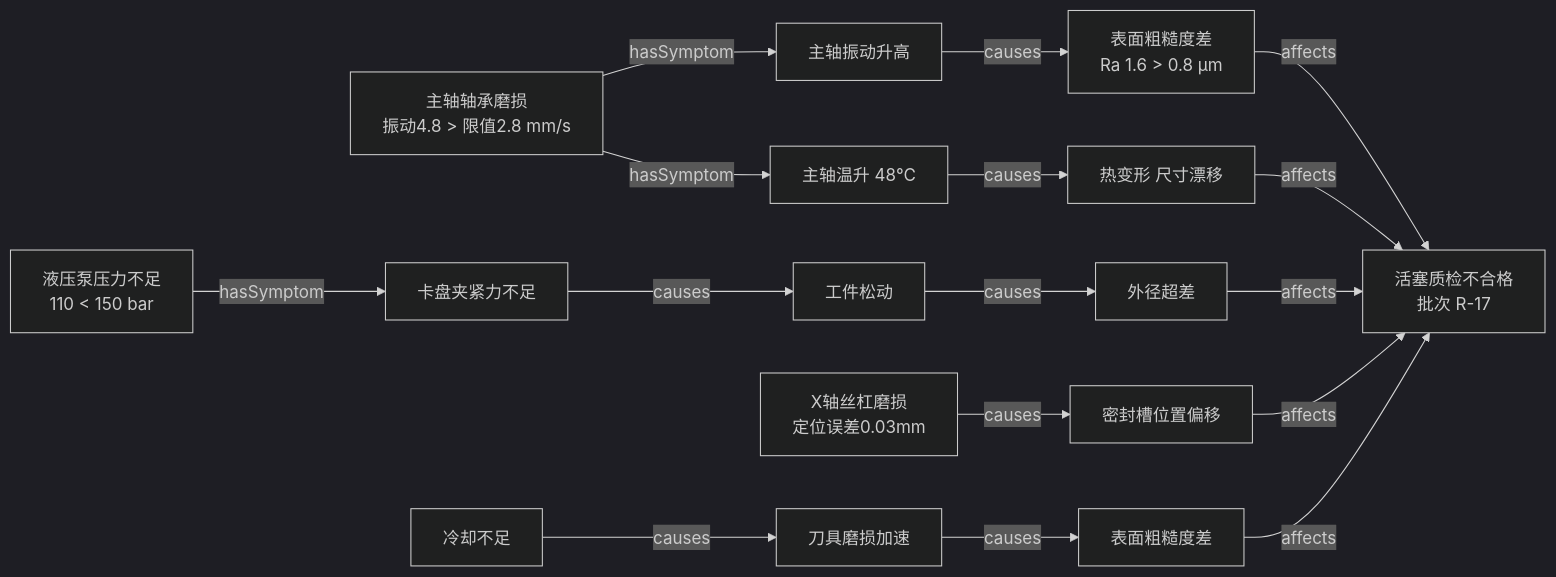
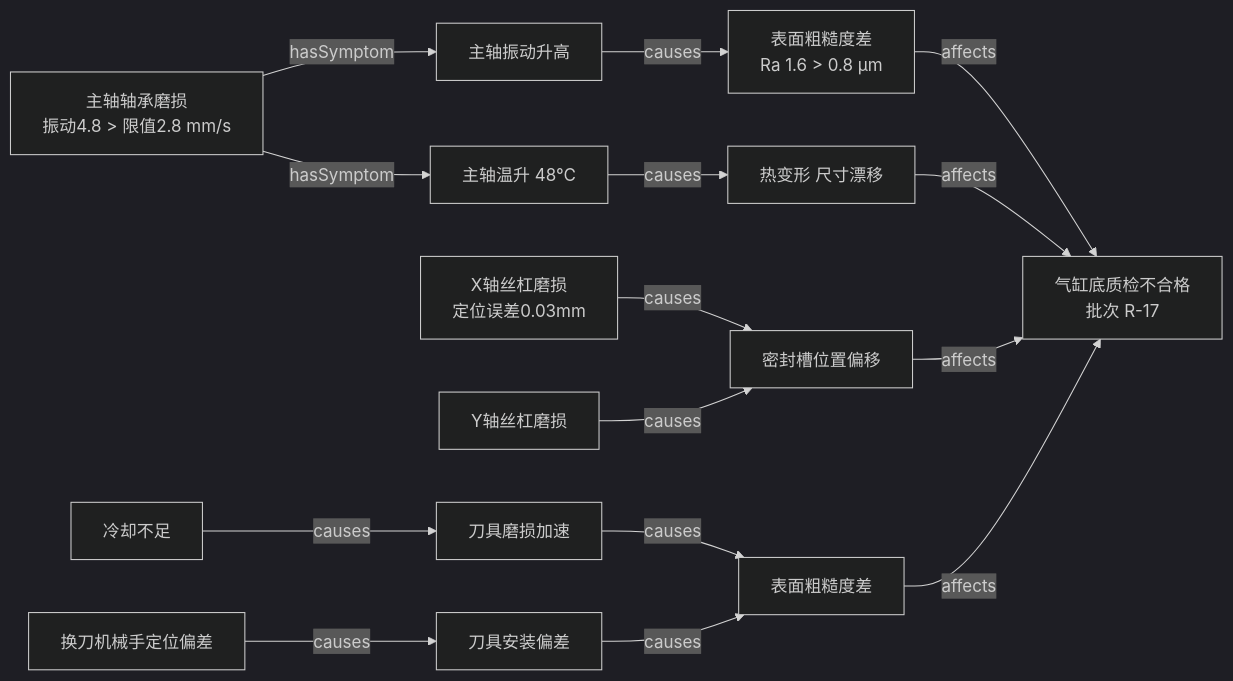
Before and after one commit to Alex-Fleet/GOAI-Project: the tenth of 10 diagrams in docs/prd/goai-quality-agent-prd.md, drawn with Mermaid (dark theme). The commit also changed other lines of this file, not shown here.

````diff
--- a/docs/prd/goai-quality-agent-prd.md
+++ b/docs/prd/goai-quality-agent-prd.md
@@ -263,18 +269,17 @@
 ```mermaid
 flowchart LR
     SP_B["主轴轴承磨损<br/>振动4.8 > 限值2.8 mm/s"] -->|hasSymptom| VIB["主轴振动升高"]
     SP_B -->|hasSymptom| TEMP["主轴温升 48℃"]
     VIB -->|causes| ROUGH["表面粗糙度差<br/>Ra 1.6 > 0.8 μm"]
     TEMP -->|causes| DRIFT["热变形 尺寸漂移"]
-    HP_P["液压泵压力不足<br/>110 < 150 bar"] -->|hasSymptom| CHUCK["卡盘夹紧力不足"]
-    CHUCK -->|causes| LOOSE["工件松动"]
-    LOOSE -->|causes| OVS["外径超差"]
     FX["X轴丝杠磨损<br/>定位误差0.03mm"] -->|causes| GROOVE["密封槽位置偏移"]
+    FY["Y轴丝杠磨损"] -->|causes| GROOVE
     CL_P["冷却不足"] -->|causes| TWEAR["刀具磨损加速"]
     TWEAR -->|causes| ROUGH2["表面粗糙度差"]
-    ROUGH -->|affects| DEF["活塞质检不合格<br/>批次 R-17"]
+    MC_ARM["换刀机械手定位偏差"] -->|causes| TD["刀具安装偏差"]
+    TD -->|causes| ROUGH2
+    ROUGH -->|affects| DEF["气缸底质检不合格<br/>批次 R-17"]
     DRIFT -->|affects| DEF
-    OVS -->|affects| DEF
     GROOVE -->|affects| DEF
     ROUGH2 -->|affects| DEF
 ```
````
